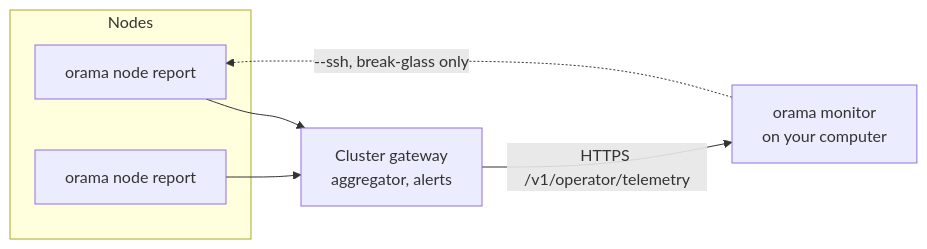
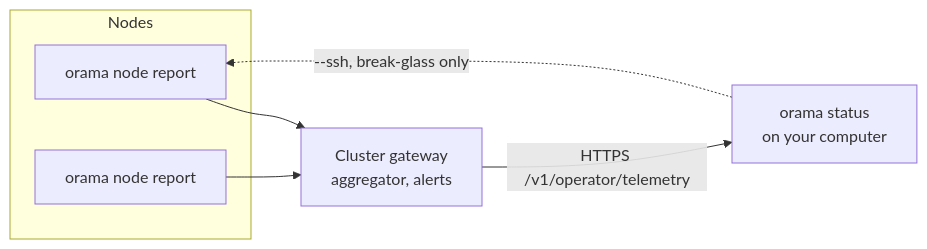
One commit to DeBrosDAO/orama changed the diagram in website/src/docs/operator/monitoring.mdx. Above: the diagram before and after it, drawn with Mermaid. The commit also changed other lines of this file and 118 other files, not shown here.

````diff
--- a/website/src/docs/operator/monitoring.mdx
+++ b/website/src/docs/operator/monitoring.mdx
@@ -24,13 +25,13 @@
 ```mermaid
 flowchart LR
   subgraph Nodes
     R1[orama node report]
     R2[orama node report]
   end
   G[Cluster gateway<br/>aggregator, alerts]
-  M[orama monitor<br/>on your computer]
+  M[orama status<br/>on your computer]
   R1 --> G
   R2 --> G
   G -->|HTTPS /v1/operator/telemetry| M
   M -.->|--ssh, break-glass only| R1
 ```
````
